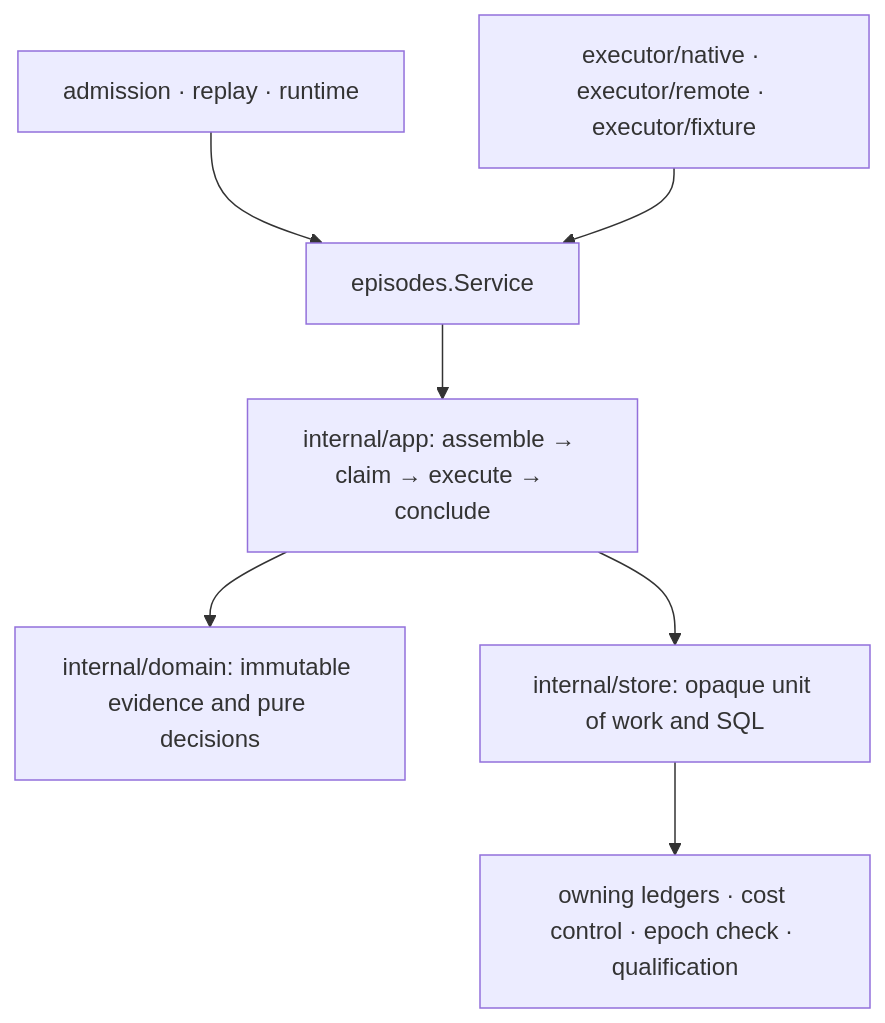
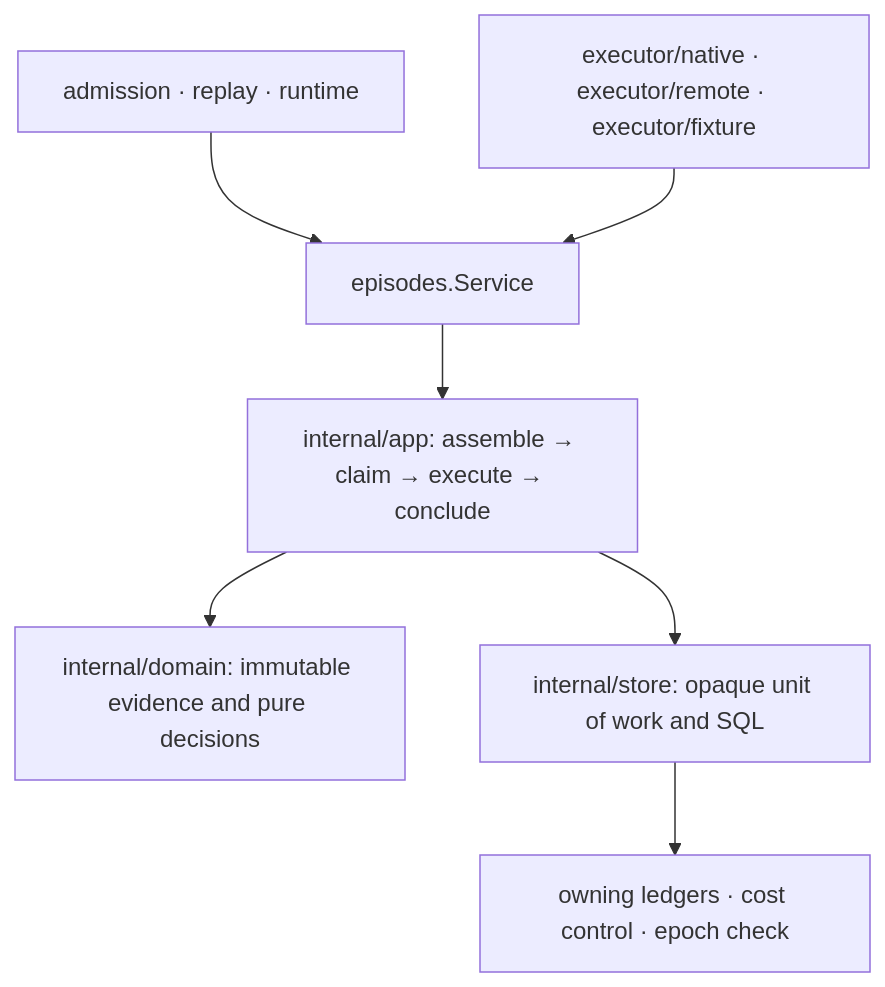
Before and after one commit to ghassan-ai-projects/agentic-stream: the diagram in internal/episodes/README.md, drawn with Mermaid. The commit also changed other lines of this file and 49 other files, not shown here.

````diff
--- a/internal/episodes/README.md
+++ b/internal/episodes/README.md
@@ -9,9 +9,9 @@
 ```mermaid
 flowchart TD
     C["admission · replay · runtime"] --> F["episodes.Service"]
     F --> A["internal/app: assemble → claim → execute → conclude"]
     A --> D["internal/domain: immutable evidence and pure decisions"]
     A --> S["internal/store: opaque unit of work and SQL"]
-    S --> L["owning ledgers · cost control · epoch check · qualification"]
+    S --> L["owning ledgers · cost control · epoch check"]
     X["executor/native · executor/remote · executor/fixture"] --> F
 ```
````
